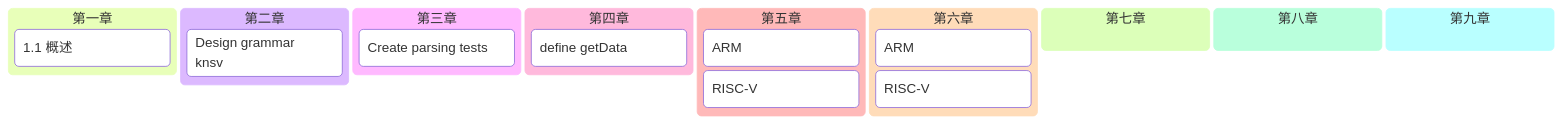
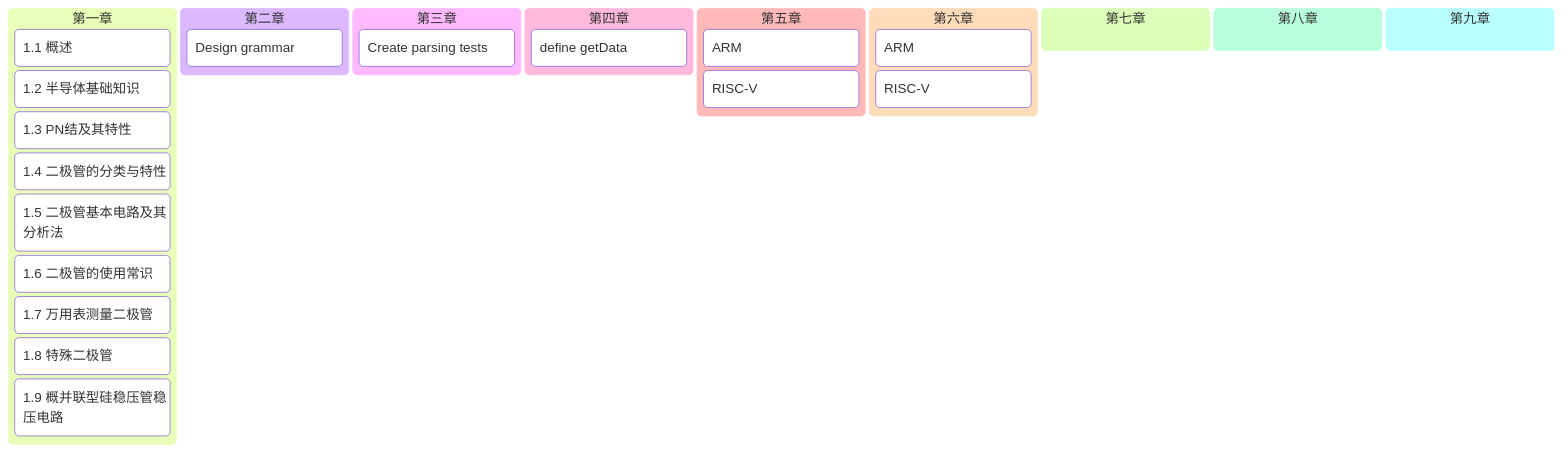
One commit to ilikui/NotesBook changed the diagram in content/Area/EE/电子基础.md. Above: the diagram before and after it, drawn with Mermaid. The commit also changed 29 other files, not shown here.

````diff
--- a/content/Area/EE/电子基础.md
+++ b/content/Area/EE/电子基础.md
@@ -11,20 +11,28 @@
 ```mermaid
 kanban
   [第一章]
     [1.1 概述]
+    [1.2 半导体基础知识]
+    [1.3 PN结及其特性]
+    [1.4 二极管的分类与特性]
+    [1.5 二极管基本电路及其分析法]
+    [1.6 二极管的使用常识]
+    [1.7 万用表测量二极管]
+    [1.8 特殊二极管]
+    [1.9 概并联型硅稳压管稳压电路]
   [第二章]
-    [Design grammar]@{ ticket: 'knsv' }
+    [Design grammar]
   [第三章]
     [Create parsing tests]
   [第四章]
     [define getData] 
   [第五章]
     [ARM]
     [RISC-V]
   [第六章]
     [ARM]
     [RISC-V]
   [第七章]
   [第八章]
   [第九章]
 ```
````
